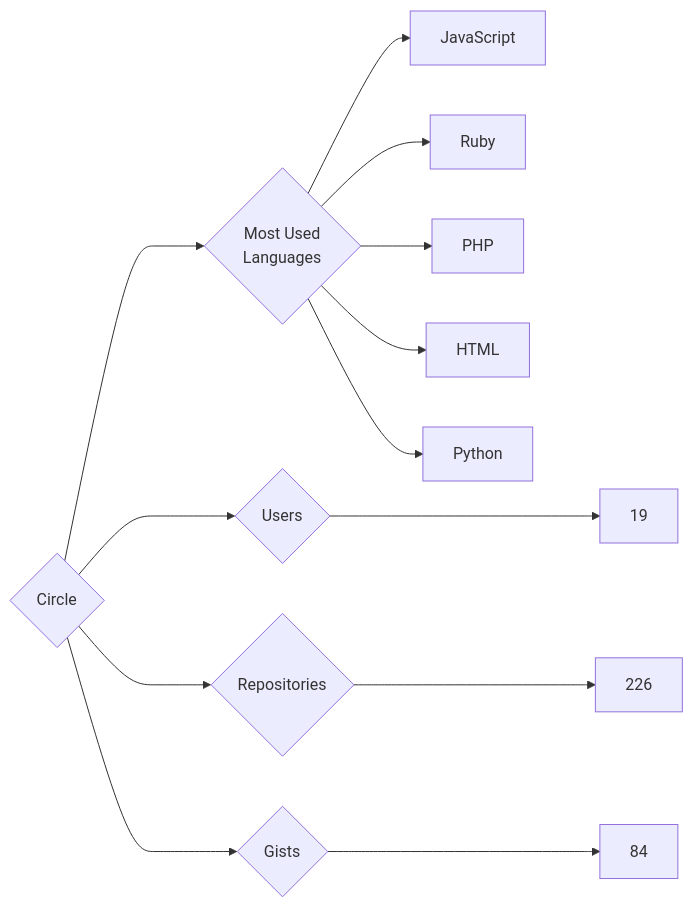
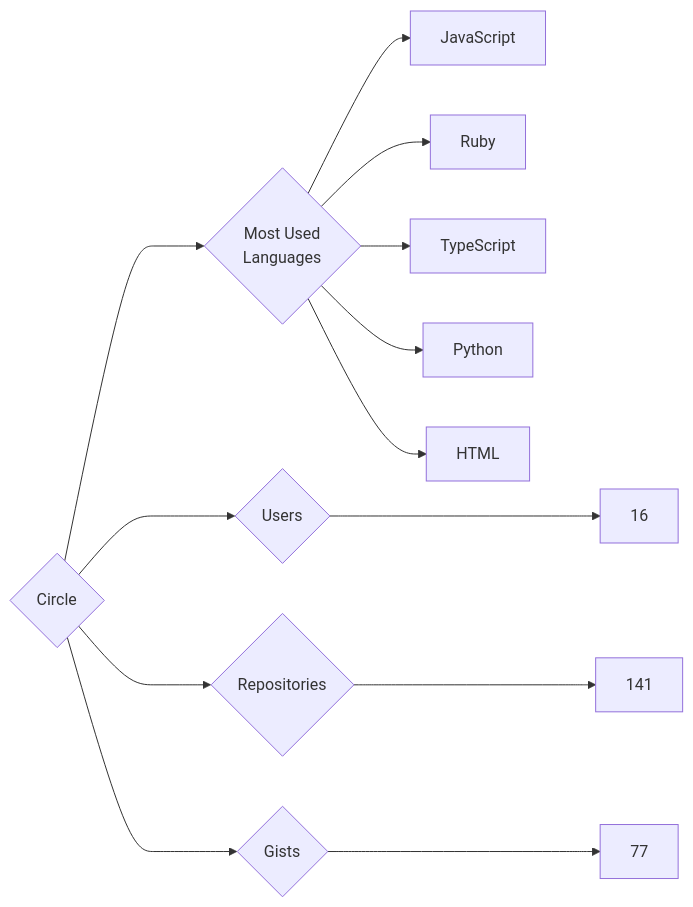
The diagram in targets/Circle/README.md (trickest/insiders), drawn with Mermaid before and after one commit. The commit also changed 786 other files, not shown here.

````diff
--- a/targets/Circle/README.md
+++ b/targets/Circle/README.md
@@ -3,13 +3,13 @@
 ```mermaid
 graph LR
 COMPANY_NAME{Circle}
-COMPANY_NAME ---> U{Users} ---> UN[19]
-COMPANY_NAME ---> R{Repositories} ---> RN[226]
-COMPANY_NAME ---> G{Gists} ---> GN[84]
+COMPANY_NAME ---> U{Users} ---> UN[16]
+COMPANY_NAME ---> R{Repositories} ---> RN[141]
+COMPANY_NAME ---> G{Gists} ---> GN[77]
 COMPANY_NAME ---> ML{Most Used<br>Languages}
 ML --> JavaScript[JavaScript]
 ML --> Ruby[Ruby]
-ML --> PHP[PHP]
+ML --> TypeScript[TypeScript]
+ML --> Python[Python]
 ML --> HTML[HTML]
-ML --> Python[Python]
 ```
````
